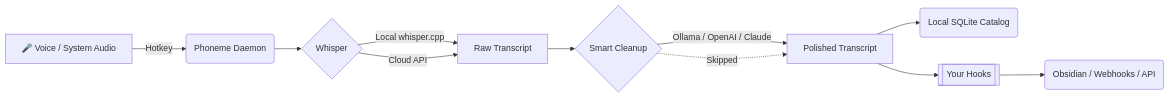
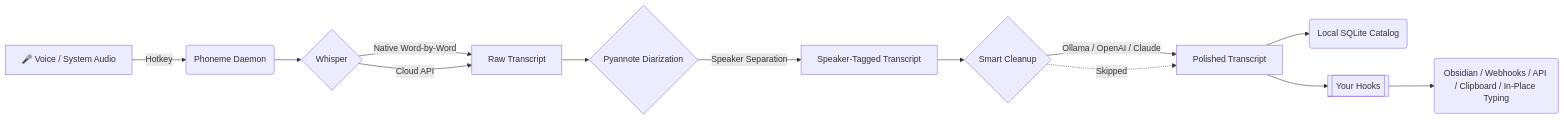
One commit to namefailed/phoneme changed the diagram in README.md. Above: the diagram before and after it, drawn with Mermaid. The commit also changed other lines of this file and 3 other files, not shown here.

````diff
--- a/README.md
+++ b/README.md
@@ -43,13 +43,15 @@
 ```mermaid
 flowchart LR
     A[🎤 Voice / System Audio] -->|Hotkey| B(Phoneme Daemon)
     B --> C{Whisper}
-    C -->|Local whisper.cpp| D[Raw Transcript]
+    C -->|Native Word-by-Word| D[Raw Transcript]
     C -->|Cloud API| D
-    D --> E{Smart Cleanup}
-    E -->|Ollama / OpenAI / Claude| F[Polished Transcript]
-    E -.->|Skipped| F
-    F --> G(Local SQLite Catalog)
-    F --> H[[Your Hooks]]
-    H --> I(Obsidian / Webhooks / API)
+    D --> E{Pyannote Diarization}
+    E -->|Speaker Separation| F[Speaker-Tagged Transcript]
+    F --> G{Smart Cleanup}
+    G -->|Ollama / OpenAI / Claude| H[Polished Transcript]
+    G -.->|Skipped| H
+    H --> I(Local SQLite Catalog)
+    H --> J[[Your Hooks]]
+    J --> K(Obsidian / Webhooks / API / Clipboard / In-Place Typing)
 ```
````
